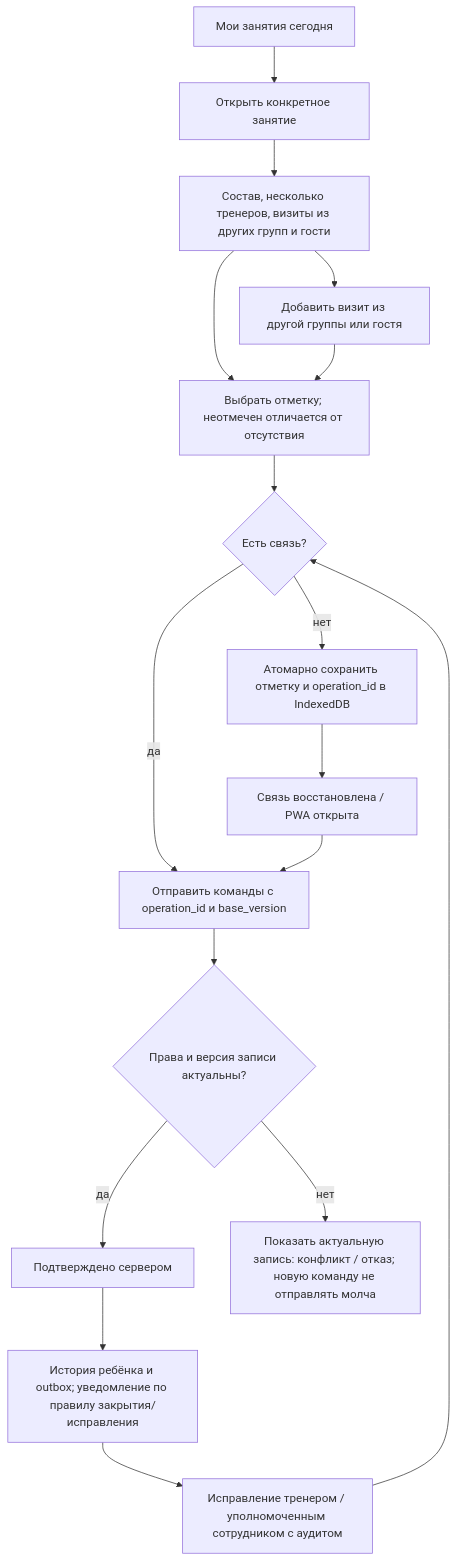
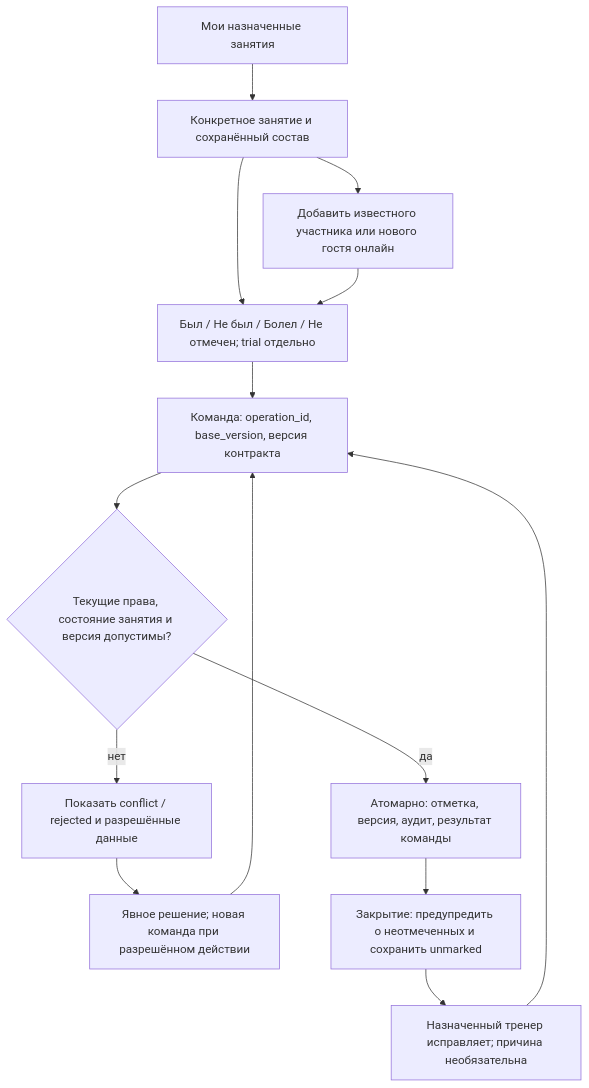
The fourth of 10 diagrams in planning/APP-FLOWS.md (StarMadeGalaxy/JudeOS), drawn with Mermaid before and after one commit. The commit also changed other lines of this file and 20 other files, not shown here.

Commit message:
docs: align MVP plan and architecture after critical review

````diff
--- a/planning/APP-FLOWS.md
+++ b/planning/APP-FLOWS.md
@@ -59,19 +70,16 @@
 ```mermaid
 flowchart TB
-    Home["Мои занятия сегодня"] --> Session["Открыть конкретное занятие"]
-    Session --> Roster["Состав, несколько тренеров, визиты из других групп и гости"]
-    Roster --> Mark["Выбрать отметку; неотмечен отличается от отсутствия"]
-    Roster --> Visitor["Добавить визит из другой группы или гостя"]
+    Home["Мои назначенные занятия"] --> Session["Конкретное занятие и сохранённый состав"]
+    Session --> Mark["Был / Не был / Болел / Не отмечен; trial отдельно"]
+    Session --> Visitor["Добавить известного участника или нового гостя онлайн"]
     Visitor --> Mark
-    Mark --> Network{"Есть связь?"}
-    Network -->|"да"| Send["Отправить команды с operation_id и base_version"]
-    Network -->|"нет"| Local["Атомарно сохранить отметку и operation_id в IndexedDB"]
-    Local --> Reconnect["Связь восстановлена / PWA открыта"]
-    Reconnect --> Send
-    Send --> Check{"Права и версия записи актуальны?"}
-    Check -->|"да"| Saved["Подтверждено сервером"]
-    Check -->|"нет"| Conflict["Показать актуальную запись: конфликт / отказ; новую команду не отправлять молча"]
-    Saved --> Journal["История ребёнка и outbox; уведомление по правилу закрытия/исправления"]
-    Journal --> Fix["Исправление тренером / уполномоченным сотрудником с аудитом"]
-    Fix --> Network
+    Mark --> Send["Команда: operation_id, base_version, версия контракта"]
+    Send --> Check{"Текущие права, состояние занятия и версия допустимы?"}
+    Check -->|"да"| Saved["Атомарно: отметка, версия, аудит, результат команды"]
+    Check -->|"нет"| Conflict["Показать conflict / rejected и разрешённые данные"]
+    Conflict --> Resolve["Явное решение; новая команда при разрешённом действии"]
+    Resolve --> Send
+    Saved --> Close["Закрытие: предупредить о неотмеченных и сохранить unmarked"]
+    Close --> Fix["Назначенный тренер исправляет; причина необязательна"]
+    Fix --> Send
 ```
````
